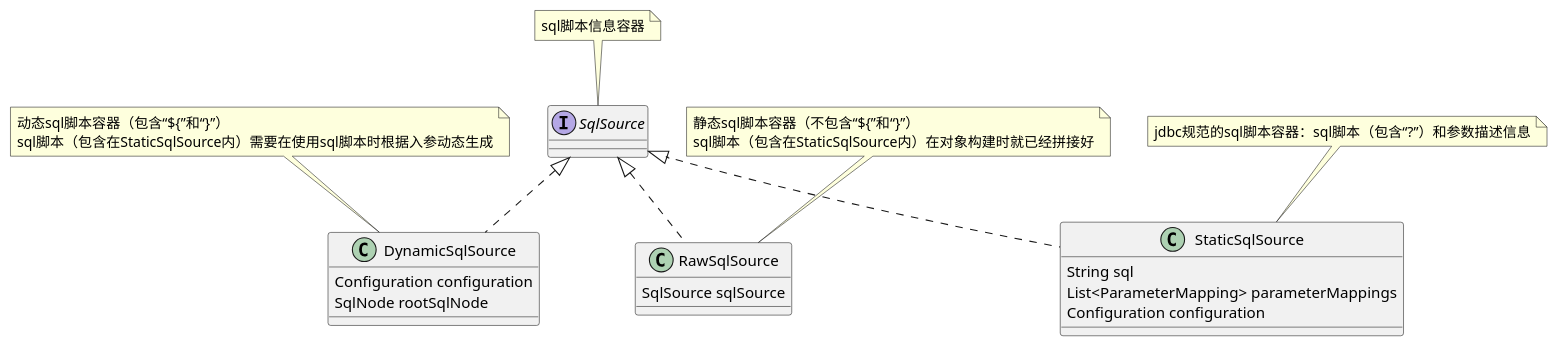
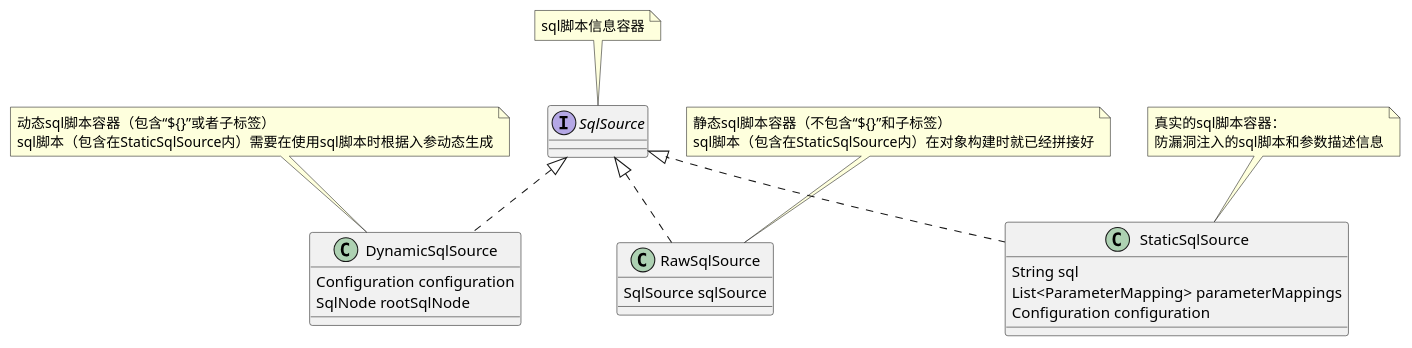
The diagram in mybatis-core/src/main/resources/SqlSourceFamily.puml (kxumiaoing/mybatis-3.5.2-src), drawn with PlantUML before and after one commit. The commit also changed 23 other files, not shown here.

```diff
--- a/mybatis-core/src/main/resources/SqlSourceFamily.puml
+++ b/mybatis-core/src/main/resources/SqlSourceFamily.puml
@@ -1,34 +1,35 @@
 @startuml
 
 class DynamicSqlSource implements SqlSource
 note top of SqlSource
    sql脚本信息容器
 end note
 
 DynamicSqlSource : Configuration configuration
 DynamicSqlSource : SqlNode rootSqlNode
 note top of DynamicSqlSource
-    动态sql脚本容器（包含“${”和“}”）
+    动态sql脚本容器（包含“${}”或者子标签）
     sql脚本（包含在StaticSqlSource内）需要在使用sql脚本时根据入参动态生成
 end note
 
 class RawSqlSource implements SqlSource
 
 RawSqlSource : SqlSource sqlSource
 
 note top of RawSqlSource
-    静态sql脚本容器（不包含“${”和“}”）
+    静态sql脚本容器（不包含“${}”和子标签）
     sql脚本（包含在StaticSqlSource内）在对象构建时就已经拼接好
 end note
 
 class StaticSqlSource implements SqlSource
 
 StaticSqlSource : String sql
 StaticSqlSource : List<ParameterMapping> parameterMappings
 StaticSqlSource : Configuration configuration
 
 note top of StaticSqlSource
-    jdbc规范的sql脚本容器：sql脚本（包含“?”）和参数描述信息
+    真实的sql脚本容器：
+    防漏洞注入的sql脚本和参数描述信息
 end note
 
 @enduml
```
